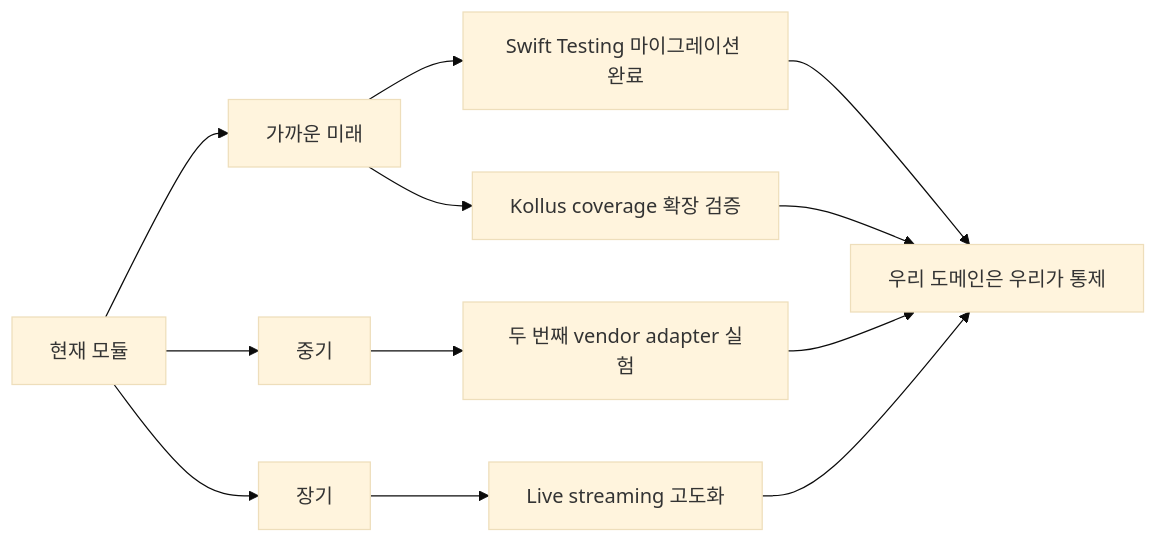
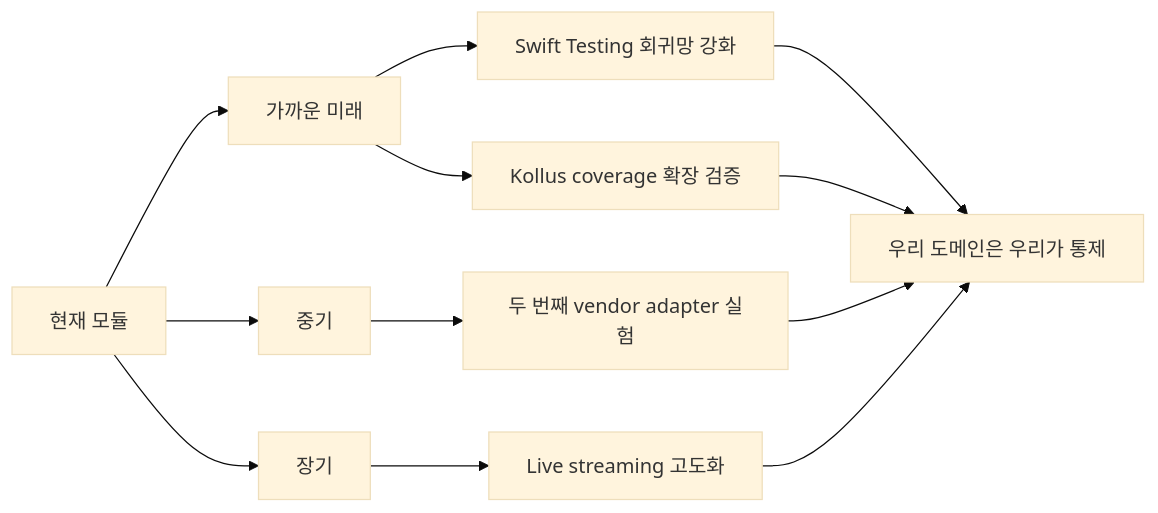
One commit to megastudymobile/ms-videoplayer-ios changed the tenth of 10 diagrams in docs/blog/05-player-modularization.md. Above: the diagram before and after it, drawn with Mermaid (base theme). The commit also changed other lines of this file and 3 other files, not shown here.

````diff
--- a/docs/blog/05-player-modularization.md
+++ b/docs/blog/05-player-modularization.md
@@ -430,14 +427,14 @@
 ```mermaid
 flowchart LR
     Now[현재 모듈] --> Near[가까운 미래]
-    Near --> SwiftTesting[Swift Testing 마이그레이션 완료]
+    Near --> SwiftTesting[Swift Testing 회귀망 강화]
     Near --> Capability[Kollus coverage 확장 검증]
     Now --> Mid[중기]
     Mid --> SecondVendor[두 번째 vendor adapter 실험]
     Now --> Long[장기]
     Long --> Live[Live streaming 고도화]
     SwiftTesting --> Promise[우리 도메인은 우리가 통제]
     Capability --> Promise
     SecondVendor --> Promise
     Live --> Promise
 ```
````
